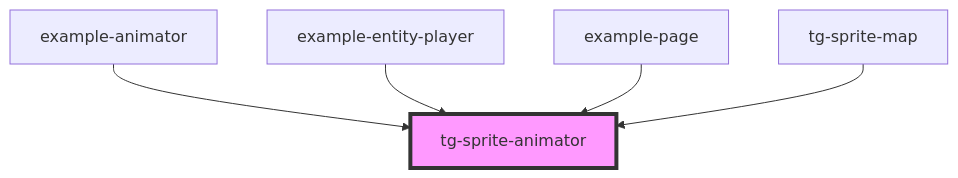
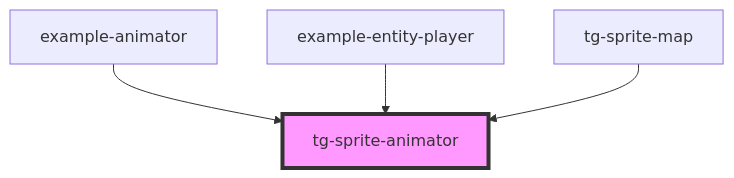
One commit to Scan0815/tg-engine changed the diagram in src/components/engine/tg-sprite-animator/readme.md. Above: the diagram before and after it, drawn with Mermaid. The commit also changed other lines of this file and 6 other files, not shown here.

````diff
--- a/src/components/engine/tg-sprite-animator/readme.md
+++ b/src/components/engine/tg-sprite-animator/readme.md
@@ -47,8 +46,7 @@
 ```mermaid
 graph TD;
   example-animator --> tg-sprite-animator
   example-entity-player --> tg-sprite-animator
-  example-page --> tg-sprite-animator
   tg-sprite-map --> tg-sprite-animator
   style tg-sprite-animator fill:#f9f,stroke:#333,stroke-width:4px
 ```
````
